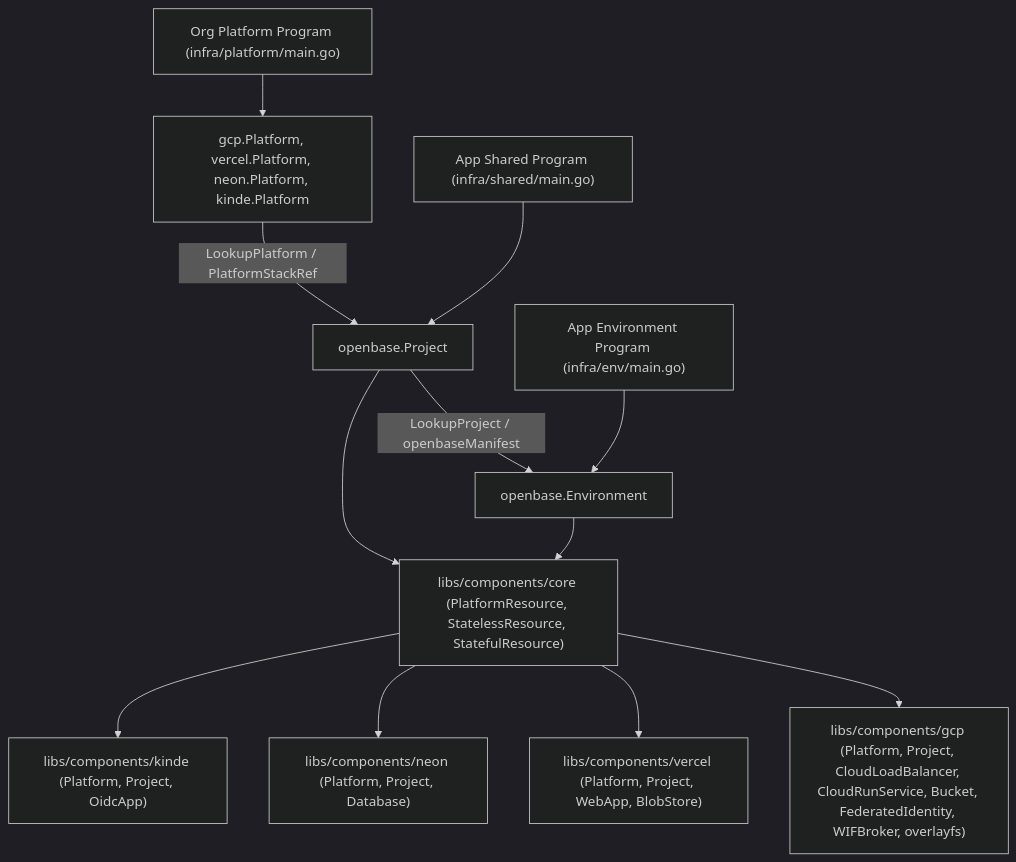
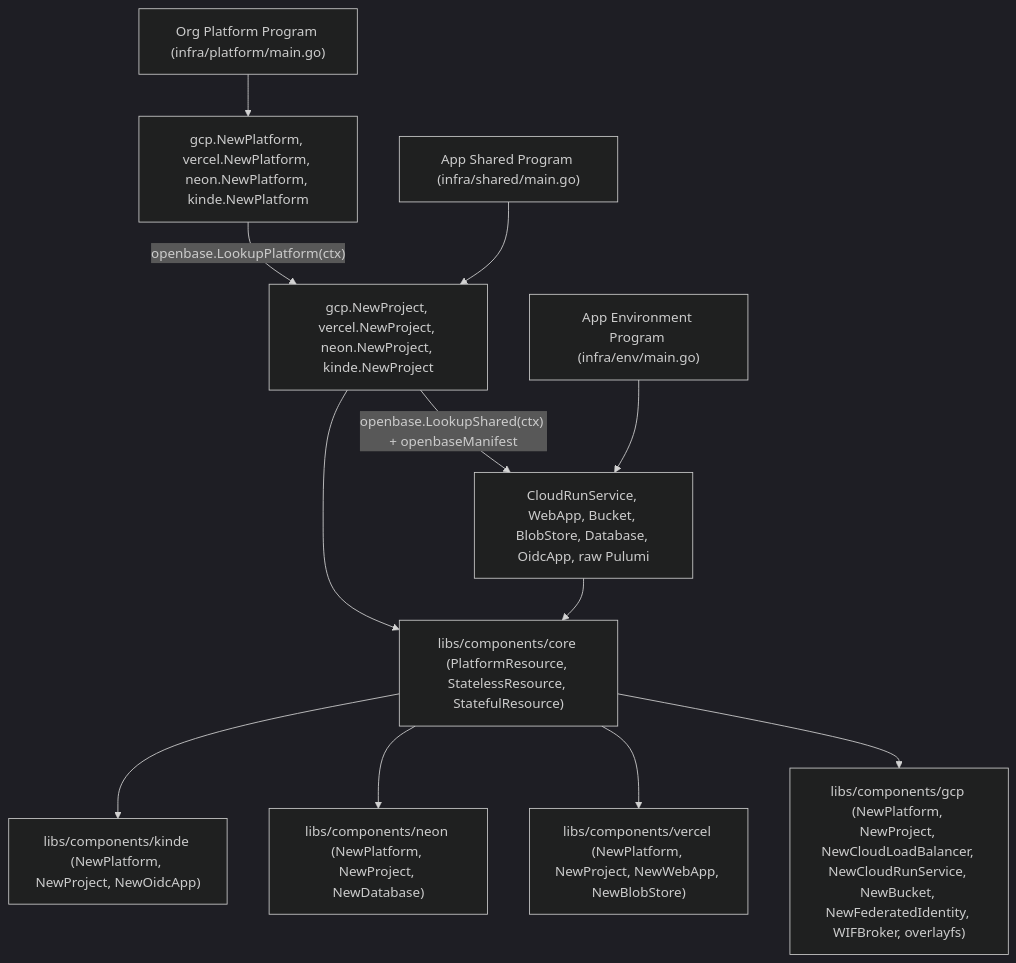
The diagram in README.md (cloudvoyant/openbase), drawn with Mermaid (dark theme) before and after one commit. The commit also changed other lines of this file and 70 other files, not shown here.

First line of the commit message:
refactor(components): adopt idiomatic Pulumi Go constructors

````diff
--- a/README.md
+++ b/README.md
@@ -5,14 +5,14 @@
 ```mermaid
 flowchart TD
-    OrgProg["Org Platform Program (infra/platform/main.go)"] --> OrgBlocks["gcp.Platform, vercel.Platform, neon.Platform, kinde.Platform"]
-    ProjProg["App Shared Program (infra/shared/main.go)"] --> ProjScope["openbase.Project"]
-    EnvProg["App Environment Program (infra/env/main.go)"] --> EnvScope["openbase.Environment"]
-    OrgBlocks -->|"LookupPlatform / PlatformStackRef"| ProjScope
-    ProjScope -->|"LookupProject / openbaseManifest"| EnvScope
-    ProjScope --> Core["libs/components/core (PlatformResource, StatelessResource, StatefulResource)"]
-    EnvScope --> Core
-    Core --> GCP["libs/components/gcp (Platform, Project, CloudLoadBalancer, CloudRunService, Bucket, FederatedIdentity, WIFBroker, overlayfs)"]
-    Core --> Vercel["libs/components/vercel (Platform, Project, WebApp, BlobStore)"]
-    Core --> Neon["libs/components/neon (Platform, Project, Database)"]
-    Core --> Kinde["libs/components/kinde (Platform, Project, OidcApp)"]
+    OrgProg["Org Platform Program (infra/platform/main.go)"] --> OrgBlocks["gcp.NewPlatform, vercel.NewPlatform, neon.NewPlatform, kinde.NewPlatform"]
+    ProjProg["App Shared Program (infra/shared/main.go)"] --> ProjBlocks["gcp.NewProject, vercel.NewProject, neon.NewProject, kinde.NewProject"]
+    EnvProg["App Environment Program (infra/env/main.go)"] --> EnvBlocks["CloudRunService, WebApp, Bucket, BlobStore, Database, OidcApp, raw Pulumi"]
+    OrgBlocks -->|"openbase.LookupPlatform(ctx)"| ProjBlocks
+    ProjBlocks -->|"openbase.LookupShared(ctx) + openbaseManifest"| EnvBlocks
+    ProjBlocks --> Core["libs/components/core (PlatformResource, StatelessResource, StatefulResource)"]
+    EnvBlocks --> Core
+    Core --> GCP["libs/components/gcp (NewPlatform, NewProject, NewCloudLoadBalancer, NewCloudRunService, NewBucket, NewFederatedIdentity, WIFBroker, overlayfs)"]
+    Core --> Vercel["libs/components/vercel (NewPlatform, NewProject, NewWebApp, NewBlobStore)"]
+    Core --> Neon["libs/components/neon (NewPlatform, NewProject, NewDatabase)"]
+    Core --> Kinde["libs/components/kinde (NewPlatform, NewProject, NewOidcApp)"]
 ```
````
